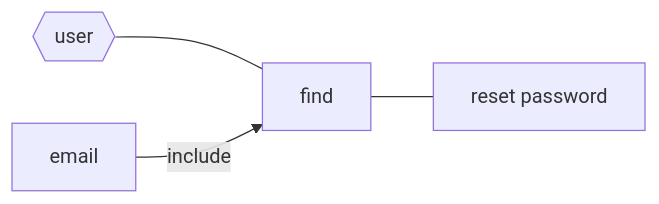
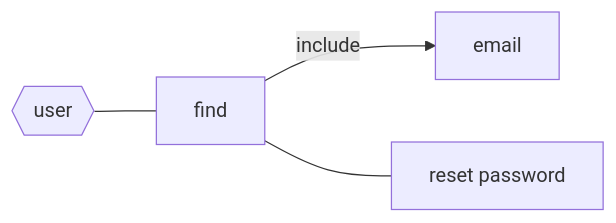
The first of 2 diagrams in diagrams/login/forgot-password.md (idlli/E-Campus), drawn with Mermaid before and after one commit. The commit also changed other lines of this file, not shown here.

````diff
--- a/diagrams/login/forgot-password.md
+++ b/diagrams/login/forgot-password.md
@@ -2,9 +2,9 @@
 ```mermaid
 graph LR
     user{{user}} --- find
-    email --> |include| find
+    find --> |include| email
     find --- r-password[reset password]
     
     %% links
     click r-password "https://github.com/idlli/laravel-project/blob/main/diagrams/login/reset-password.md" _blank
 ```
````
